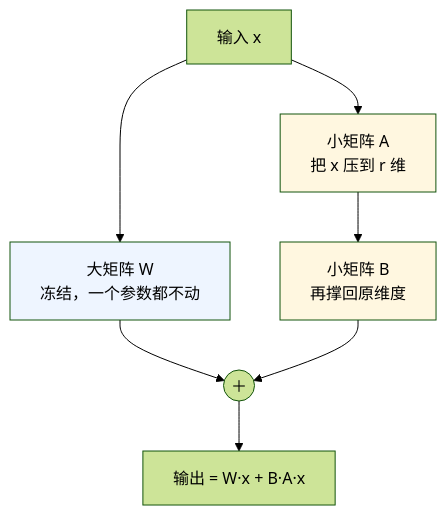
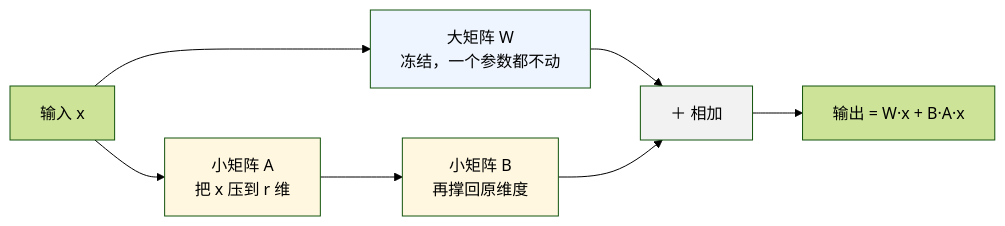
One commit to xxxAndlk/AI_Agent_Learning_path changed the second of 2 diagrams in 02.AI底层基础/第09课_模型微调/第09课.md. Above: the diagram before and after it, drawn with Mermaid (forest theme). The commit also changed 3 other files, not shown here.

````diff
--- a/02.AI底层基础/第09课_模型微调/第09课.md
+++ b/02.AI底层基础/第09课_模型微调/第09课.md
@@ -73,12 +73,13 @@
 ```mermaid
-flowchart TB
+flowchart LR
     X["输入 x"] --> W["大矩阵 W<br/>冻结，一个参数都不动"]
     X --> A["小矩阵 A<br/>把 x 压到 r 维"]
     A --> B["小矩阵 B<br/>再撑回原维度"]
-    W --> S(("＋"))
+    W --> S["＋ 相加"]
     B --> S
     S --> OUT["输出 = W·x + B·A·x"]
     style W fill:#eef5ff
     style A fill:#fff7e0
     style B fill:#fff7e0
+    style S fill:#f2f2f2
 ```
````
